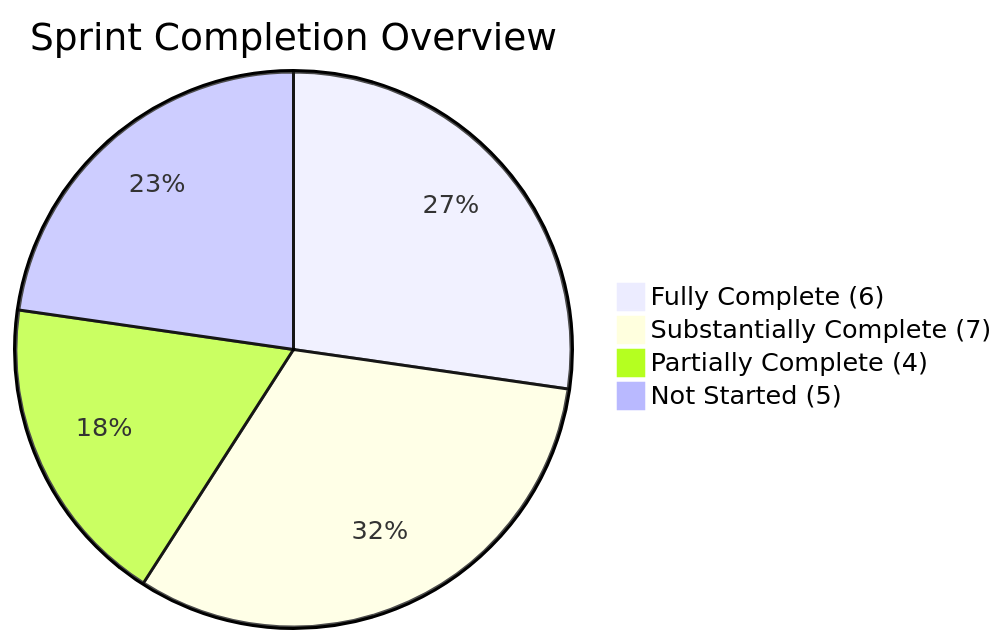
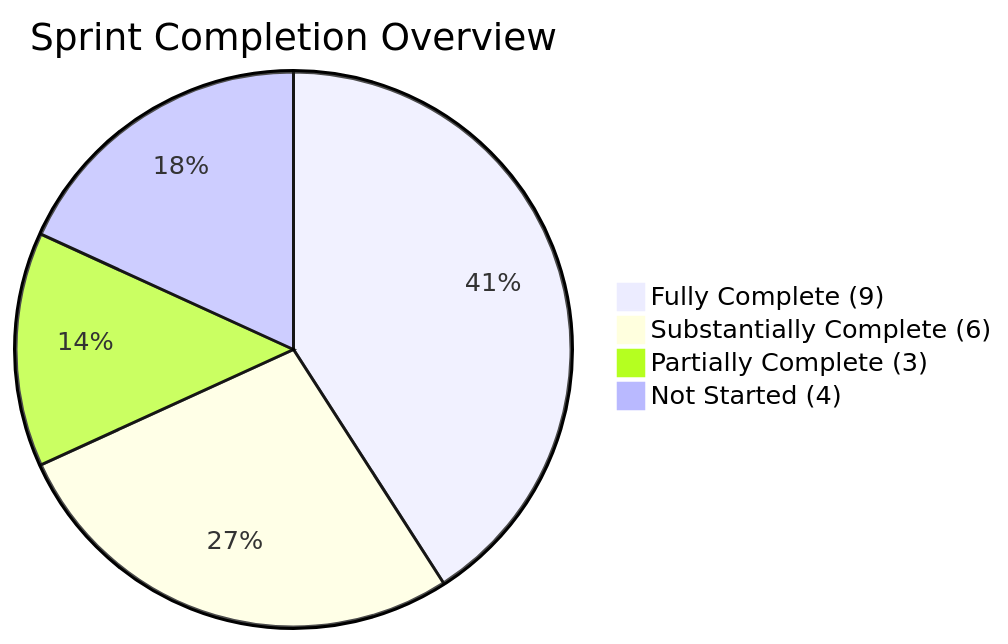
The diagram in codebase_vs_plan_audit.md (ZeeshanTahirAlvi006/real-estate-crm), drawn with Mermaid before and after one commit. The commit also changed other lines of this file and 68 other files, not shown here.

````diff
--- a/codebase_vs_plan_audit.md
+++ b/codebase_vs_plan_audit.md
@@ -19,7 +19,7 @@
 ```mermaid
 pie title Sprint Completion Overview
-    "Fully Complete (6)" : 6
-    "Substantially Complete (7)" : 7
-    "Partially Complete (4)" : 4
-    "Not Started (5)" : 5
+    "Fully Complete (9)" : 9
+    "Substantially Complete (6)" : 6
+    "Partially Complete (3)" : 3
+    "Not Started (4)" : 4
 ```
````
